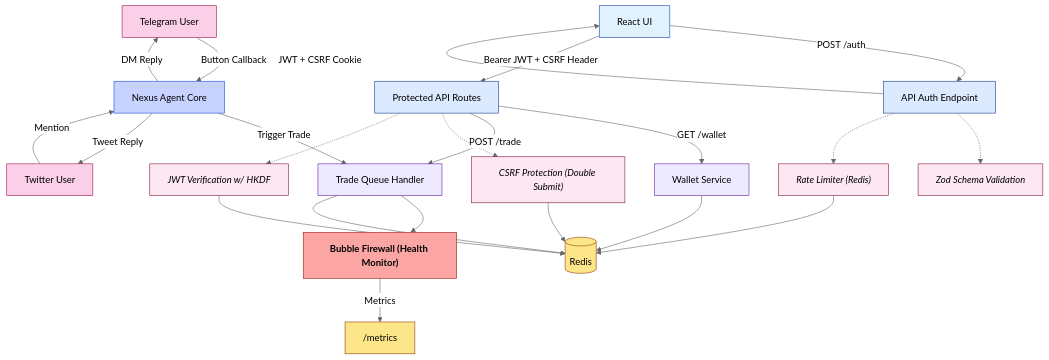
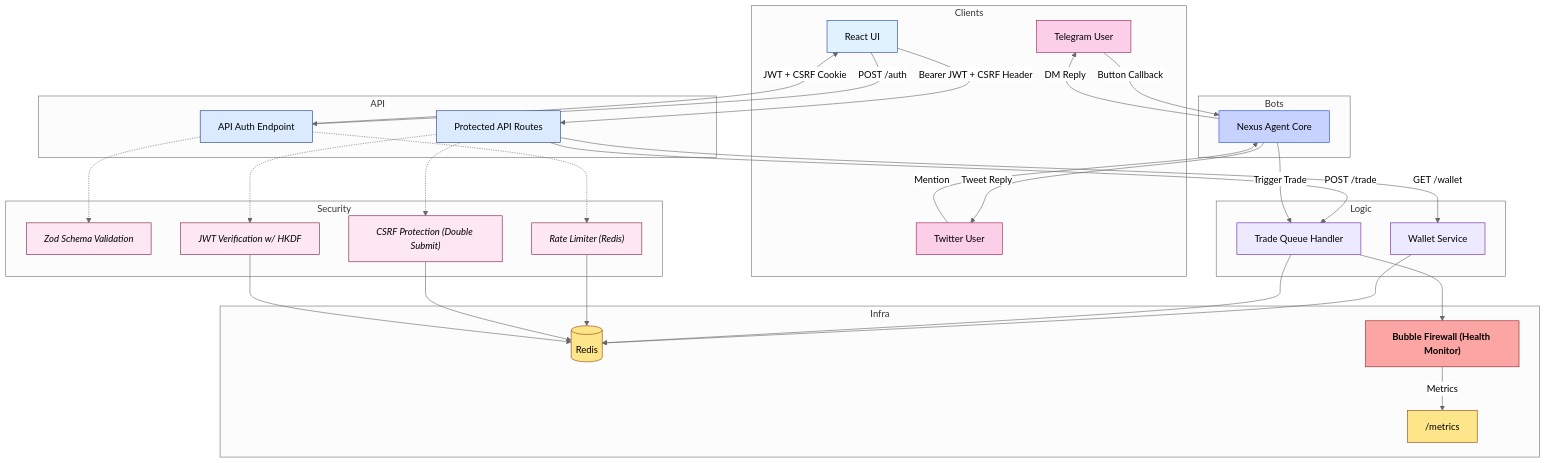
Before and after one commit to MaliosDark/nexus-erebus-agent-token-framework: the diagram in SECURITY.md, drawn with Mermaid (neutral theme).

Commit message:
Updated mermaid

````diff
--- a/SECURITY.md
+++ b/SECURITY.md
@@ -12,29 +12,47 @@
 ```mermaid
 flowchart TD
+  %% Layout Direction
+  %% Use TB (top-bottom) for vertical clarity
+  %% ─────────────────────────────────────────────
+
   %% ─── Client Interfaces ───
-  UI[React UI]:::client
-  TG[Telegram User]:::social
-  TW[Twitter User]:::social
+  subgraph Clients
+    UI[React UI]:::client
+    TG[Telegram User]:::social
+    TW[Twitter User]:::social
+  end
 
-  %% ─── API & Protected Routes ───
-  AuthEndpoint["API Auth Endpoint"]:::api
-  Routes["Protected API Routes"]:::api
-  WalletService["Wallet Service"]:::logic
-  TradeHandler["Trade Queue Handler"]:::logic
+  %% ─── API Layer ───
+  subgraph API
+    AuthEndpoint["API Auth Endpoint"]:::api
+    Routes["Protected API Routes"]:::api
+  end
 
-  %% ─── Social Bot Gateway ───
-  BotCore["Nexus Agent Core"]:::agent
+  %% ─── Business Logic ───
+  subgraph Logic
+    WalletService["Wallet Service"]:::logic
+    TradeHandler["Trade Queue Handler"]:::logic
+  end
 
-  %% ─── Security & Validation ───
-  ZodValidation["Zod Schema Validation"]:::security
-  RateLimiter["Rate Limiter (Redis)"]:::security
-  CSRFCheck["CSRF Protection (Double Submit)"]:::security
-  JWTCheck["JWT Verification w/ HKDF"]:::security
+  %% ─── Security / Middleware ───
+  subgraph Security
+    ZodValidation["Zod Schema Validation"]:::security
+    RateLimiter["Rate Limiter (Redis)"]:::security
+    CSRFCheck["CSRF Protection (Double Submit)"]:::security
+    JWTCheck["JWT Verification w/ HKDF"]:::security
+  end
 
-  %% ─── Monitoring & Infrastructure ───
-  FW["Bubble Firewall (Health Monitor)"]:::firewall
-  Metrics["/metrics"]:::infra
-  Redis[(Redis)]:::infra
+  %% ─── Bot Core ───
+  subgraph Bots
+    BotCore["Nexus Agent Core"]:::agent
+  end
+
+  %% ─── Infra & Monitoring ───
+  subgraph Infra
+    Redis[(Redis)]:::infra
+    FW["Bubble Firewall (Health Monitor)"]:::firewall
+    Metrics["/metrics"]:::infra
+  end
 
   %% ─── Auth Flow ───
   UI -->|POST /auth| AuthEndpoint
@@ -45,6 +63,19 @@
   Routes -->|GET /wallet| WalletService
   Routes -->|POST /trade| TradeHandler
 
+  %% ─── Security Hooks ───
+  AuthEndpoint -.-> ZodValidation
+  AuthEndpoint -.-> RateLimiter
+  Routes -.-> CSRFCheck
+  Routes -.-> JWTCheck
+
+  %% ─── Redis ───
+  WalletService --> Redis
+  TradeHandler --> Redis
+  RateLimiter --> Redis
+  CSRFCheck --> Redis
+  JWTCheck --> Redis
+
   %% ─── Bot Interactions ───
   TG -->|Button Callback| BotCore
   TW -->|Mention| BotCore
@@ -52,22 +83,9 @@
   BotCore -->|DM Reply| TG
   BotCore -->|Tweet Reply| TW
 
-  %% ─── Security Checks ───
-  AuthEndpoint -.-> ZodValidation
-  AuthEndpoint -.-> RateLimiter
-  Routes -.-> CSRFCheck
-  Routes -.-> JWTCheck
-
   %% ─── Monitoring ───
   TradeHandler --> FW
   FW -->|Metrics| Metrics
-
-  %% ─── Redis Connections ───
-  WalletService --> Redis
-  TradeHandler --> Redis
-  RateLimiter --> Redis
-  CSRFCheck --> Redis
-  JWTCheck --> Redis
 
   %% ─── Styling ───
   classDef client     fill:#E0F2FE,stroke:#1E40AF,color:#000;
@@ -79,4 +97,5 @@
   classDef social     fill:#FBCFE8,stroke:#9D174D,color:#000;
   classDef firewall   fill:#FCA5A5,stroke:#991B1B,color:#000,font-weight:bold;
 
+
 ```
````
